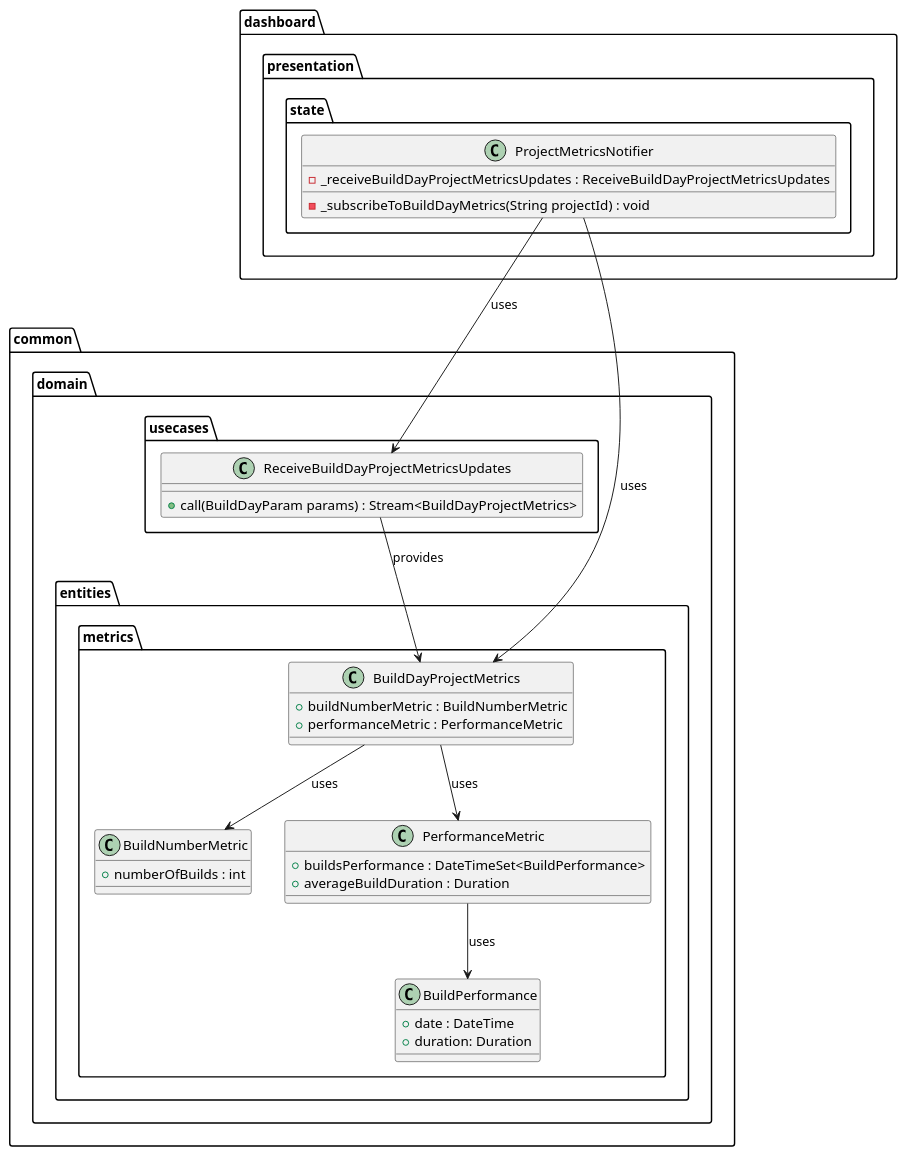
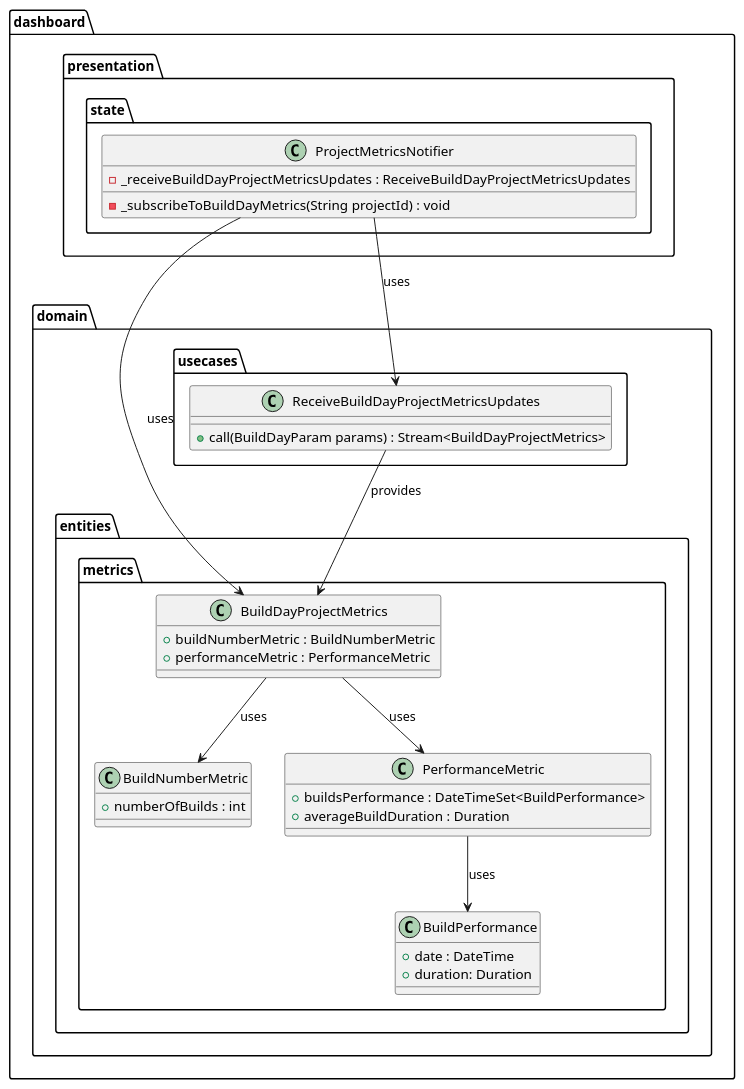
One commit to Flank/flank-dashboard changed the diagram in metrics/web/docs/features/builds_aggregation/diagrams/build_days_presentation_layer_class_diagram.puml. Above: the diagram before and after it, drawn with PlantUML. The commit also changed 4 other files, not shown here.

Commit message:
Fix diagrams and structure of the doc

```diff
--- a/metrics/web/docs/features/builds_aggregation/diagrams/build_days_presentation_layer_class_diagram.puml
+++ b/metrics/web/docs/features/builds_aggregation/diagrams/build_days_presentation_layer_class_diagram.puml
@@ -1,49 +1,45 @@
 @startuml build_days_presentation_layer_class_diagram
-    package common {
+    package dashboard {
         package domain {
-            package entities {
-                package metrics {
-                    class BuildNumberMetric {
-                        + numberOfBuilds : int
-                    }
-                    class BuildPerformance {
-                          + date : DateTime
-                          + duration: Duration
-                    }
-                    class PerformanceMetric {
-                        + buildsPerformance : DateTimeSet<BuildPerformance>
-                        + averageBuildDuration : Duration
-                    }
-                    class BuildDayProjectMetrics {
-                        + buildNumberMetric : BuildNumberMetric
-                        + performanceMetric : PerformanceMetric
-                    }
+            package entities.metrics {
+                class BuildNumberMetric {
+                    + numberOfBuilds : int
+                }
+                class BuildPerformance {
+                        + date : DateTime
+                        + duration: Duration
+                }
+                class PerformanceMetric {
+                    + buildsPerformance : DateTimeSet<BuildPerformance>
+                    + averageBuildDuration : Duration
+                }
+                class BuildDayProjectMetrics {
+                    + buildNumberMetric : BuildNumberMetric
+                    + performanceMetric : PerformanceMetric
                 }
             }
 
             package usecases {
                 class ReceiveBuildDayProjectMetricsUpdates {
                     + call(BuildDayParam params) : Stream<BuildDayProjectMetrics>
                 }
             }
         }
-    }
 
-    package dashboard {
         package presentation.state {
             class ProjectMetricsNotifier {
                 - _receiveBuildDayProjectMetricsUpdates : ReceiveBuildDayProjectMetricsUpdates
                 - _subscribeToBuildDayMetrics(String projectId) : void
             }
         }
-    }
+    }       
 
     ProjectMetricsNotifier --> ReceiveBuildDayProjectMetricsUpdates : uses
     ReceiveBuildDayProjectMetricsUpdates --> BuildDayProjectMetrics : provides
     ProjectMetricsNotifier --> BuildDayProjectMetrics : uses
 
     BuildDayProjectMetrics --> BuildNumberMetric : uses
     BuildDayProjectMetrics --> PerformanceMetric : uses
     PerformanceMetric --> BuildPerformance : uses
     
 @enduml
```
